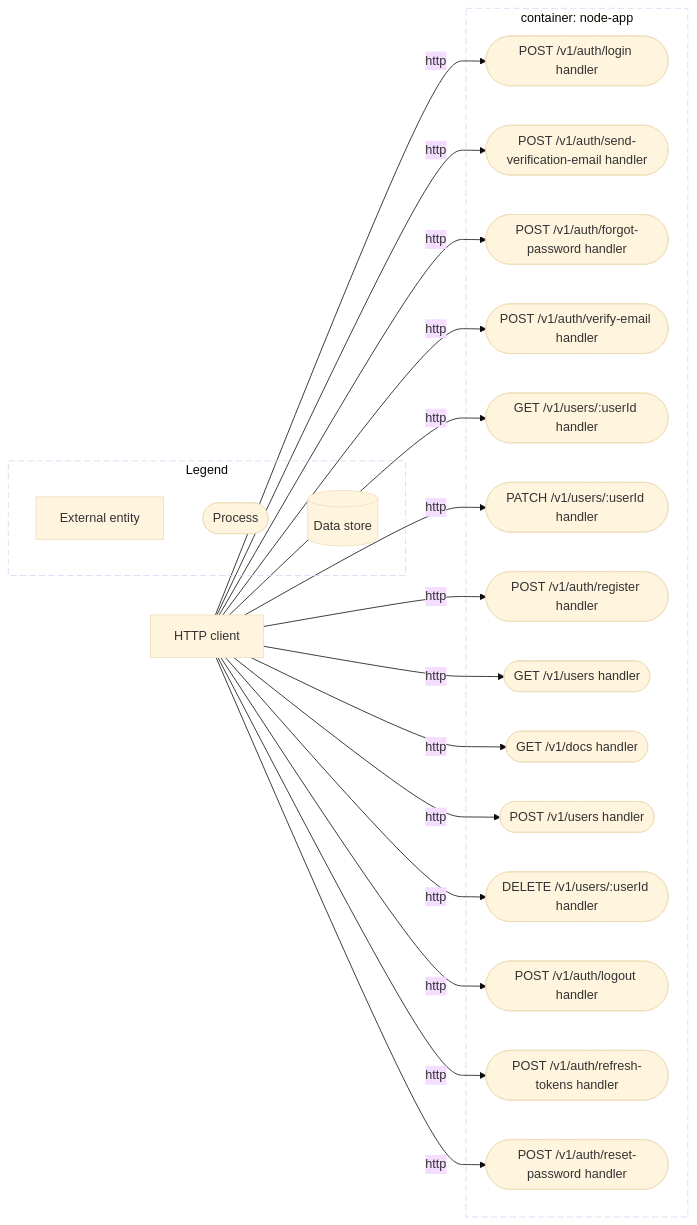
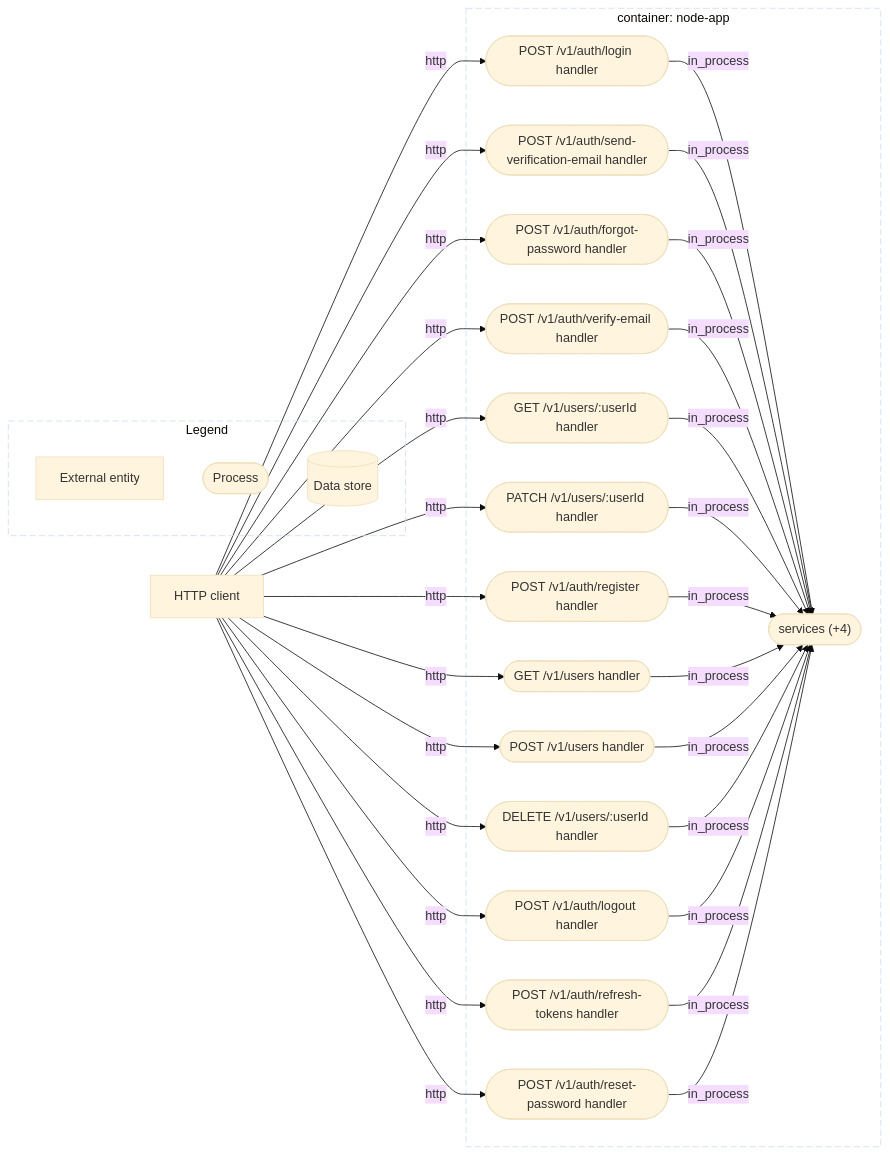
Before and after one commit to AskShri/code2designmapping: the diagram in evaluation/node-express-boilerplate/diagrams/dfd-l2-5vydvlkasi.mmd, drawn with Mermaid (base theme). The commit also changed 164 other files, not shown here.

```diff
--- a/evaluation/node-express-boilerplate/diagrams/dfd-l2-5vydvlkasi.mmd
+++ b/evaluation/node-express-boilerplate/diagrams/dfd-l2-5vydvlkasi.mmd
@@ -1,40 +1,52 @@
 %% L2: routes
 flowchart LR
   subgraph bnd_4tjp4yui4o["container: node-app"]
     proc_5o77py4ksy(["POST /v1/auth/login handler"])
     proc_6arldspcqf(["POST /v1/auth/send-verification-email handler"])
     proc_6ld6rj35b6(["POST /v1/auth/forgot-password handler"])
     proc_6mgeike7w7(["POST /v1/auth/verify-email handler"])
     proc_bhe2uamvnb(["GET /v1/users/:userId handler"])
     proc_brrysidewt(["PATCH /v1/users/:userId handler"])
     proc_gebofgbst2(["POST /v1/auth/register handler"])
     proc_iygmdrw3kl(["GET /v1/users handler"])
-    proc_pmw3c5t4fs(["GET /v1/docs handler"])
     proc_qmofjuihf5(["POST /v1/users handler"])
     proc_rbsc3643ue(["DELETE /v1/users/:userId handler"])
+    proc_rqphn3okpc(["services (+4)"])
     proc_s6g67h4qsr(["POST /v1/auth/logout handler"])
     proc_yr5tyhlhoj(["POST /v1/auth/refresh-tokens handler"])
     proc_zdjjxm2w7b(["POST /v1/auth/reset-password handler"])
   end
   ext_sga4qktkap["HTTP client"]
   ext_sga4qktkap -->|"http"| proc_5o77py4ksy
   ext_sga4qktkap -->|"http"| proc_6arldspcqf
   ext_sga4qktkap -->|"http"| proc_6ld6rj35b6
   ext_sga4qktkap -->|"http"| proc_6mgeike7w7
   ext_sga4qktkap -->|"http"| proc_bhe2uamvnb
   ext_sga4qktkap -->|"http"| proc_brrysidewt
   ext_sga4qktkap -->|"http"| proc_gebofgbst2
   ext_sga4qktkap -->|"http"| proc_iygmdrw3kl
-  ext_sga4qktkap -->|"http"| proc_pmw3c5t4fs
   ext_sga4qktkap -->|"http"| proc_qmofjuihf5
   ext_sga4qktkap -->|"http"| proc_rbsc3643ue
   ext_sga4qktkap -->|"http"| proc_s6g67h4qsr
   ext_sga4qktkap -->|"http"| proc_yr5tyhlhoj
   ext_sga4qktkap -->|"http"| proc_zdjjxm2w7b
+  proc_5o77py4ksy -->|"in_process"| proc_rqphn3okpc
+  proc_6arldspcqf -->|"in_process"| proc_rqphn3okpc
+  proc_6ld6rj35b6 -->|"in_process"| proc_rqphn3okpc
+  proc_6mgeike7w7 -->|"in_process"| proc_rqphn3okpc
+  proc_bhe2uamvnb -->|"in_process"| proc_rqphn3okpc
+  proc_brrysidewt -->|"in_process"| proc_rqphn3okpc
+  proc_gebofgbst2 -->|"in_process"| proc_rqphn3okpc
+  proc_iygmdrw3kl -->|"in_process"| proc_rqphn3okpc
+  proc_qmofjuihf5 -->|"in_process"| proc_rqphn3okpc
+  proc_rbsc3643ue -->|"in_process"| proc_rqphn3okpc
+  proc_s6g67h4qsr -->|"in_process"| proc_rqphn3okpc
+  proc_yr5tyhlhoj -->|"in_process"| proc_rqphn3okpc
+  proc_zdjjxm2w7b -->|"in_process"| proc_rqphn3okpc
   style bnd_4tjp4yui4o stroke-dasharray: 8 4,fill:none
   subgraph legend["Legend"]
     lg_e["External entity"]
     lg_p(["Process"])
     lg_s[("Data store")]
   end
   style legend stroke-dasharray: 8 4,fill:none
```
